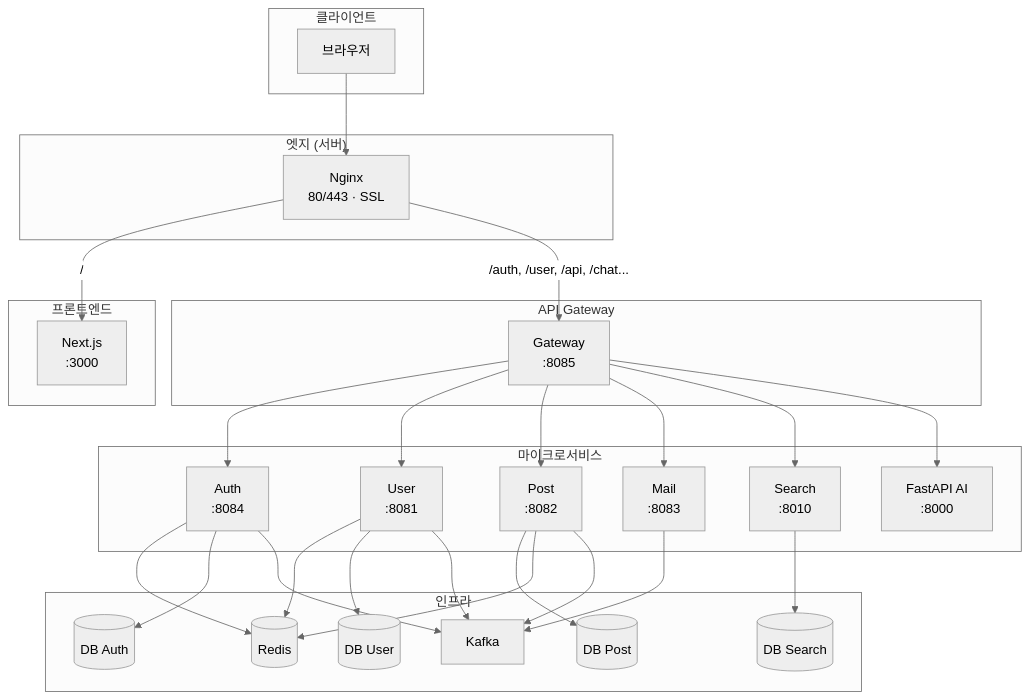
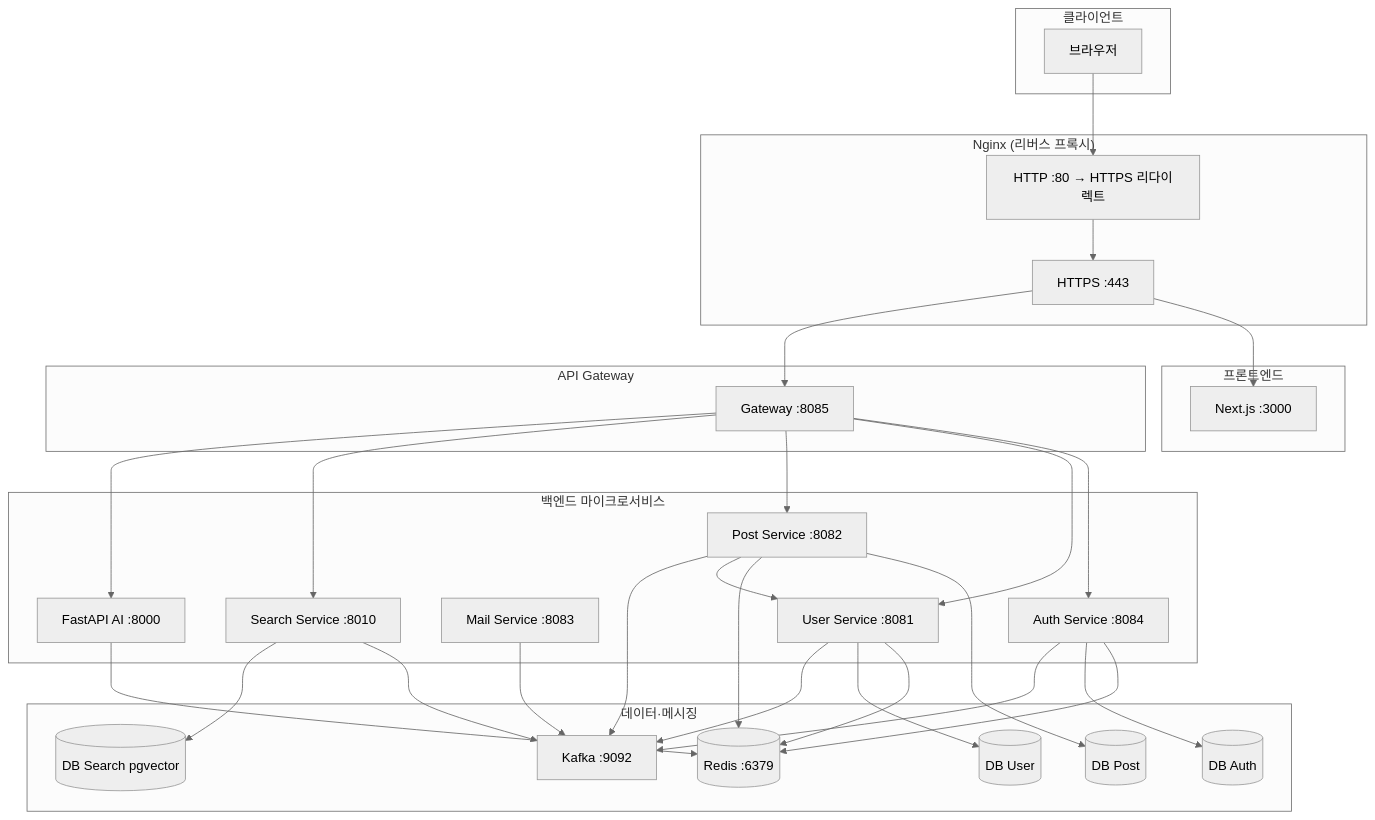
The first of 4 diagrams in README.md (MinKyeom/MSA_Project), drawn with Mermaid (neutral theme) before and after one commit. The commit also changed other lines of this file, not shown here.

````diff
--- a/README.md
+++ b/README.md
@@ -60,57 +25,63 @@
 ```mermaid
 flowchart TB
     subgraph Client["클라이언트"]
         Browser[브라우저]
     end
 
-    subgraph Edge["엣지 (서버)"]
-        Nginx[Nginx\n80/443 · SSL]
+    subgraph Nginx["Nginx (리버스 프록시)"]
+        N80[HTTP :80 → HTTPS 리다이렉트]
+        N443[HTTPS :443]
     end
 
-    subgraph Front["프론트엔드"]
-        Next[Next.js\n:3000]
+    subgraph Frontend["프론트엔드"]
+        Next[Next.js :3000]
     end
 
     subgraph Gateway["API Gateway"]
-        GW[Gateway\n:8085]
+        GW[Gateway :8085]
     end
 
-    subgraph Backend["마이크로서비스"]
-        Auth[Auth\n:8084]
-        User[User\n:8081]
-        Post[Post\n:8082]
-        Mail[Mail\n:8083]
-        Search[Search\n:8010]
-        AI[FastAPI AI\n:8000]
+    subgraph Backend["백엔드 마이크로서비스"]
+        Auth[Auth Service :8084]
+        User[User Service :8081]
+        Post[Post Service :8082]
+        Mail[Mail Service :8083]
+        Search[Search Service :8010]
+        AI[FastAPI AI :8000]
     end
 
-    subgraph Infra["인프라"]
-        Redis[(Redis)]
-        Kafka[Kafka]
+    subgraph Data["데이터·메시징"]
+        Redis[(Redis :6379)]
+        Kafka[Kafka :9092]
         DBA[(DB Auth)]
         DBU[(DB User)]
         DBP[(DB Post)]
-        DBS[(DB Search)]
+        DBS[(DB Search pgvector)]
     end
 
-    Browser --> Nginx
-    Nginx -->|"/"| Next
-    Nginx -->|"/auth, /user, /api, /chat..."| GW
+    Browser --> N80
+    N80 --> N443
+    N443 --> Next
+    N443 --> GW
+
     GW --> Auth
     GW --> User
     GW --> Post
-    GW --> Mail
     GW --> Search
     GW --> AI
+
     Auth --> Redis
     Auth --> DBA
+    Auth --> Kafka
     User --> Redis
     User --> DBU
+    User --> Kafka
     Post --> DBP
     Post --> Redis
-    Search --> DBS
-    Auth --> Kafka
-    User --> Kafka
+    Post --> User
     Post --> Kafka
     Mail --> Kafka
+    Search --> Kafka
+    Search --> DBS
+    AI --> Redis
 ```
````
